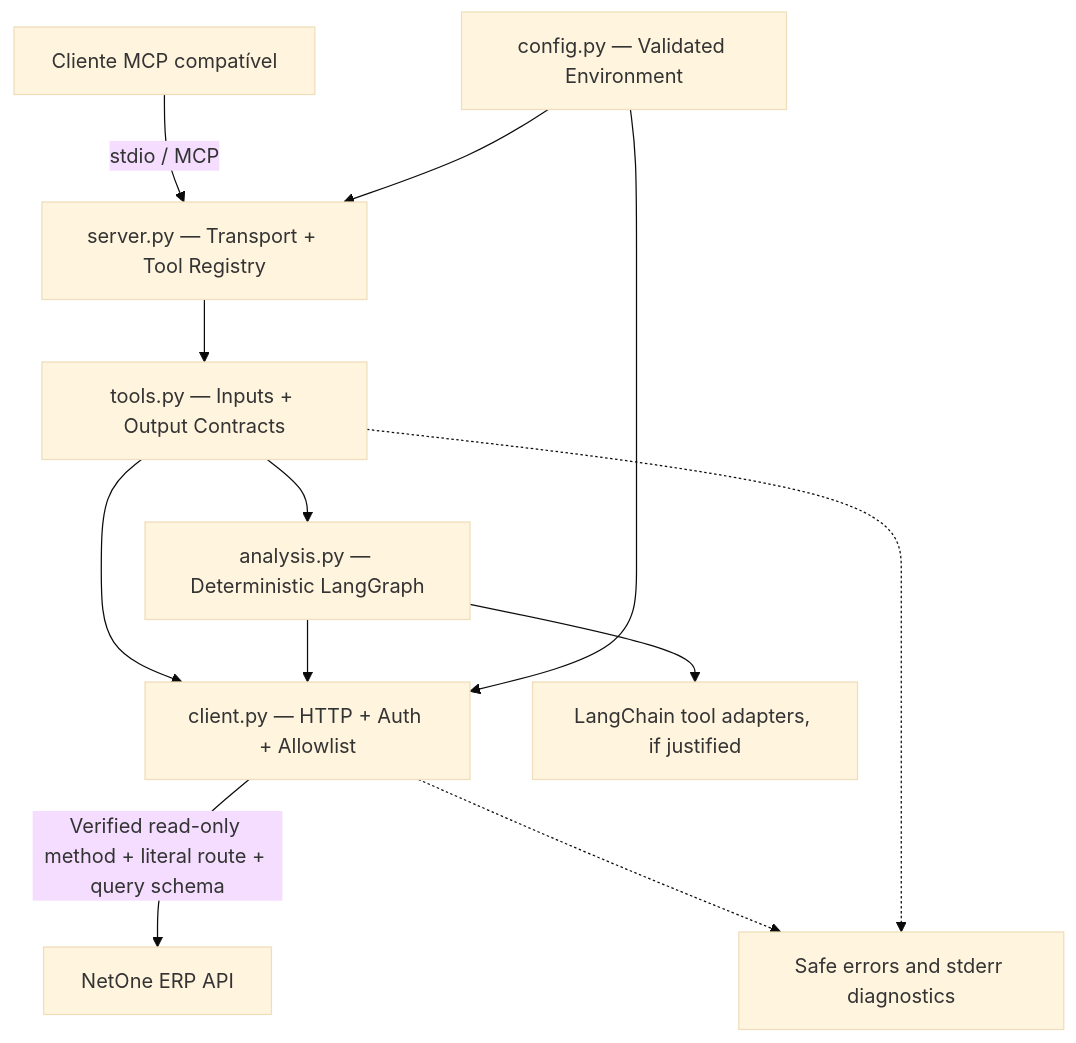
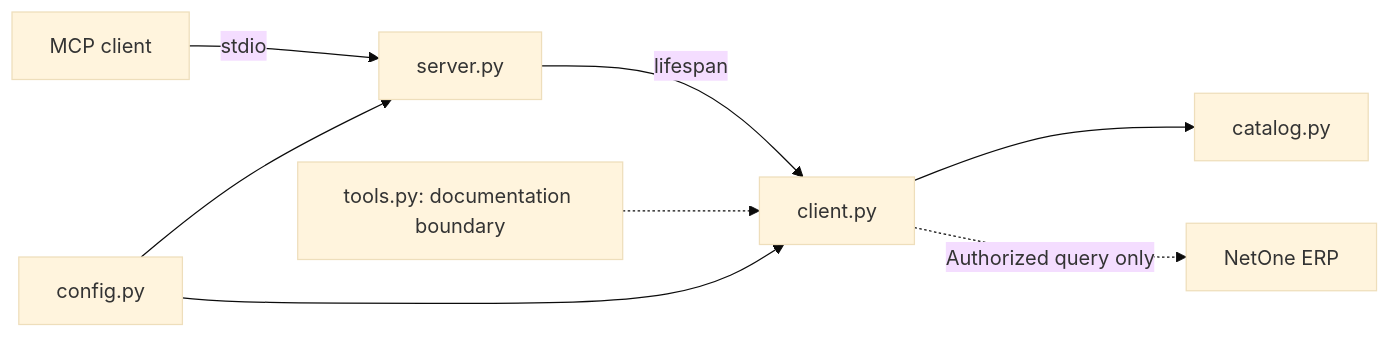
Before and after one commit to Felps0156/netone-mcp: the first of 2 diagrams in PRD.md, drawn with Mermaid (base theme). The commit also changed other lines of this file and 24 other files, not shown here.

````diff
--- a/PRD.md
+++ b/PRD.md
@@ -250,14 +49,10 @@
 ```mermaid
-flowchart TB
-    U[Cliente MCP compatível] -->|stdio / MCP| S[server.py — Transport + Tool Registry]
-    S --> T[tools.py — Inputs + Output Contracts]
-    T --> D[client.py — HTTP + Auth + Allowlist]
-    T --> A[analysis.py — Deterministic LangGraph]
-    A --> L[LangChain tool adapters, if justified]
-    A --> D
-    C[config.py — Validated Environment] --> S
-    C --> D
-    D -->|Verified read-only method + literal route + query schema| N[NetOne ERP API]
-    D -.-> E[Safe errors and stderr diagnostics]
-    T -.-> E
+flowchart LR
+    M[MCP client] -->|stdio| S[server.py]
+    C[config.py] --> S
+    C --> H[client.py]
+    S -->|lifespan| H
+    H --> D[catalog.py]
+    H -.->|Authorized query only| E[NetOne ERP]
+    T[tools.py: documentation boundary] -.-> H
 ```
````
